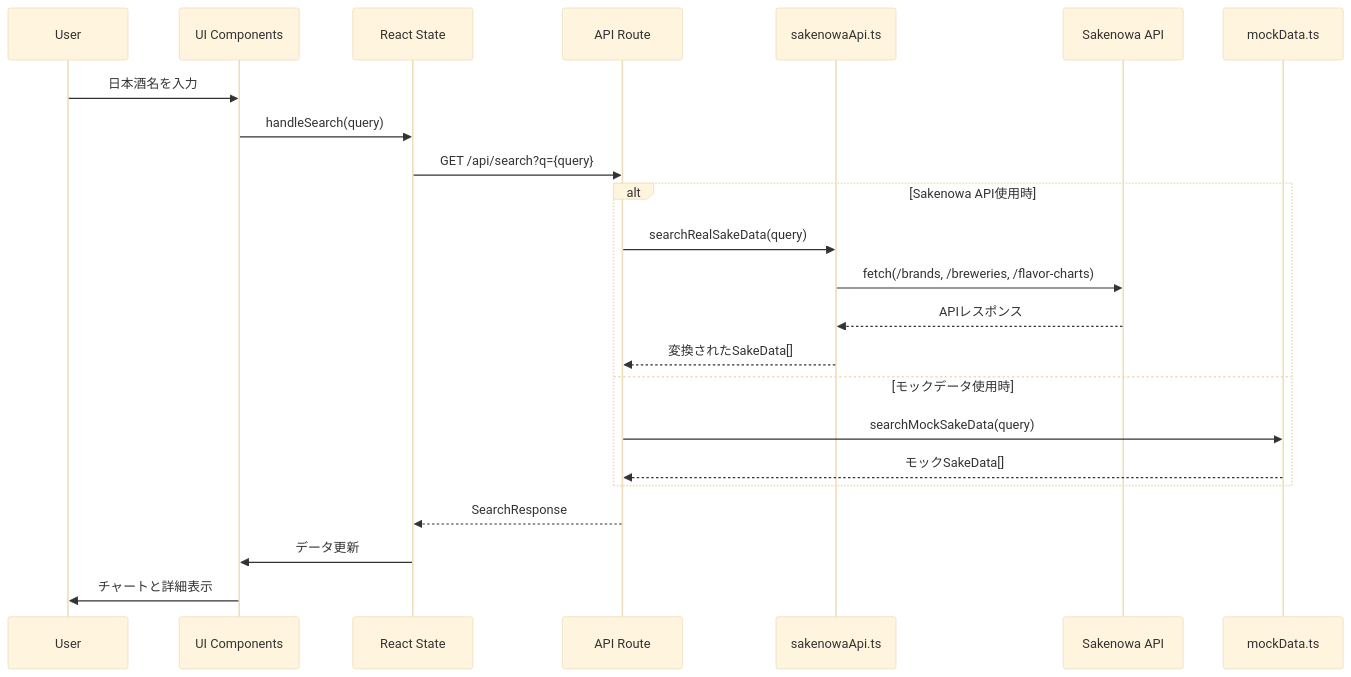
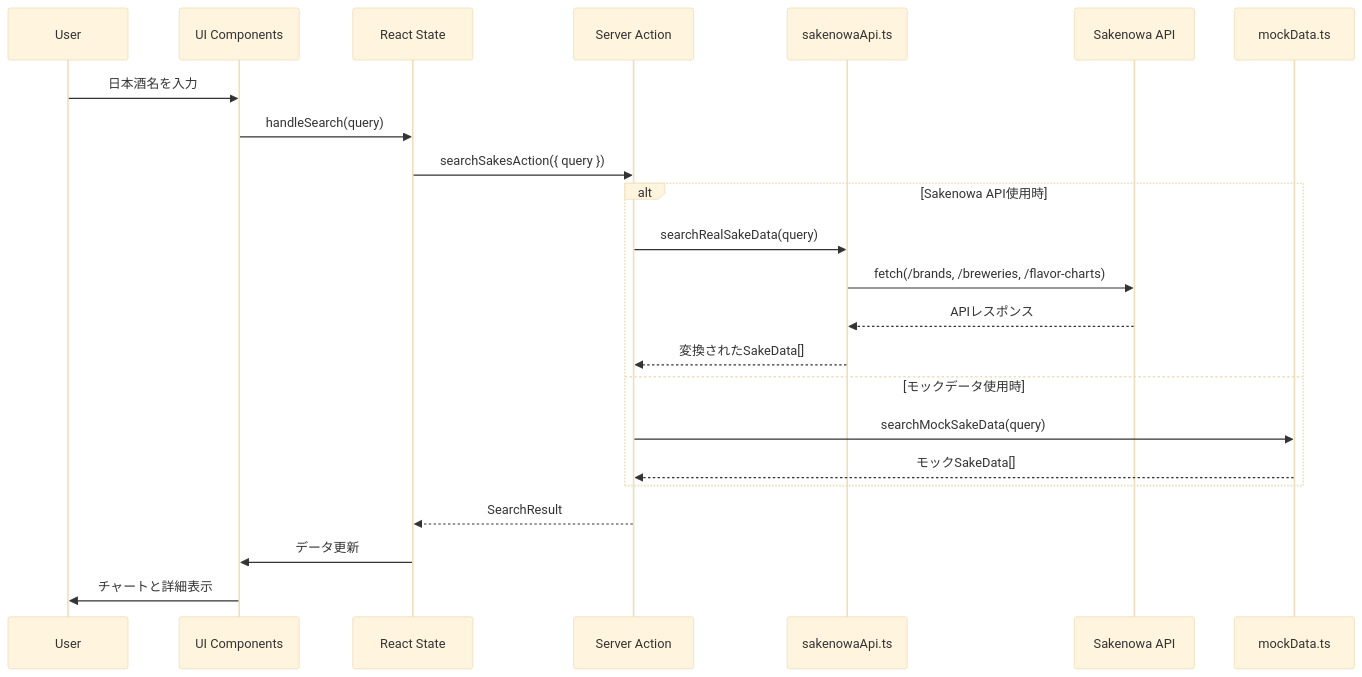
The second of 5 diagrams in sake-search-nextjs/docs/architecture-diagram.md (muractice/sake-search-v0.1), drawn with Mermaid (base theme) before and after one commit. The commit also changed other lines of this file and 2 other files, not shown here.

Commit message:
docs: /api/search 記述をServer Actionsベースに更新（architecture図・HTML）; e2eから旧APIテストを削除

````diff
--- a/sake-search-nextjs/docs/architecture-diagram.md
+++ b/sake-search-nextjs/docs/architecture-diagram.md
@@ -51,28 +51,28 @@
 ```mermaid
 sequenceDiagram
     participant User
     participant UI as UI Components
     participant State as React State
-    participant API as API Route
+    participant SA as Server Action
     participant Lib as sakenowaApi.ts
     participant Sakenowa as Sakenowa API
     participant Mock as mockData.ts
 
     User->>UI: 日本酒名を入力
     UI->>State: handleSearch(query)
-    State->>API: GET /api/search?q={query}
+    State->>SA: searchSakesAction({ query })
     
     alt Sakenowa API使用時
-        API->>Lib: searchRealSakeData(query)
+        SA->>Lib: searchRealSakeData(query)
         Lib->>Sakenowa: fetch(/brands, /breweries, /flavor-charts)
         Sakenowa-->>Lib: APIレスポンス
-        Lib-->>API: 変換されたSakeData[]
+        Lib-->>SA: 変換されたSakeData[]
     else モックデータ使用時
-        API->>Mock: searchMockSakeData(query)
-        Mock-->>API: モックSakeData[]
+        SA->>Mock: searchMockSakeData(query)
+        Mock-->>SA: モックSakeData[]
     end
     
-    API-->>State: SearchResponse
+    SA-->>State: SearchResult
     State->>UI: データ更新
     UI->>User: チャートと詳細表示
 ```
````
